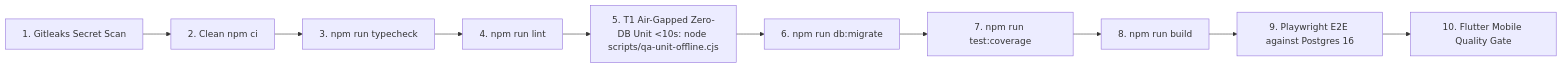
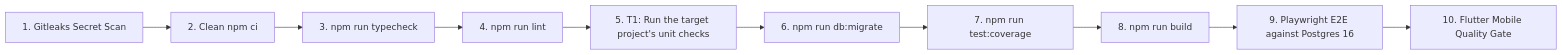
The diagram in agents/devops-engineer.md (adjiehf231/AI-MASTER-ORCHESTRATOR-DEVELOPMENT), drawn with Mermaid before and after one commit. The commit also changed other lines of this file and 176 other files, not shown here.

````diff
--- a/agents/devops-engineer.md
+++ b/agents/devops-engineer.md
@@ -33,12 +35,12 @@
 ```mermaid
 flowchart LR
     Gitleaks[1. Gitleaks Secret Scan] --> Install[2. Clean npm ci]
     Install --> Typecheck[3. npm run typecheck]
     Typecheck --> Lint[4. npm run lint]
-    Lint --> T1Offline[5. T1 Air-Gapped Zero-DB Unit <10s: node scripts/qa-unit-offline.cjs]
+    Lint --> T1Offline[5. T1: Run the target project's unit checks]
     T1Offline --> Migrate[6. npm run db:migrate]
     Migrate --> Coverage[7. npm run test:coverage]
     Coverage --> Build[8. npm run build]
     Build --> E2E[9. Playwright E2E against Postgres 16]
     E2E --> MobileGate[10. Flutter Mobile Quality Gate]
 ```
````
